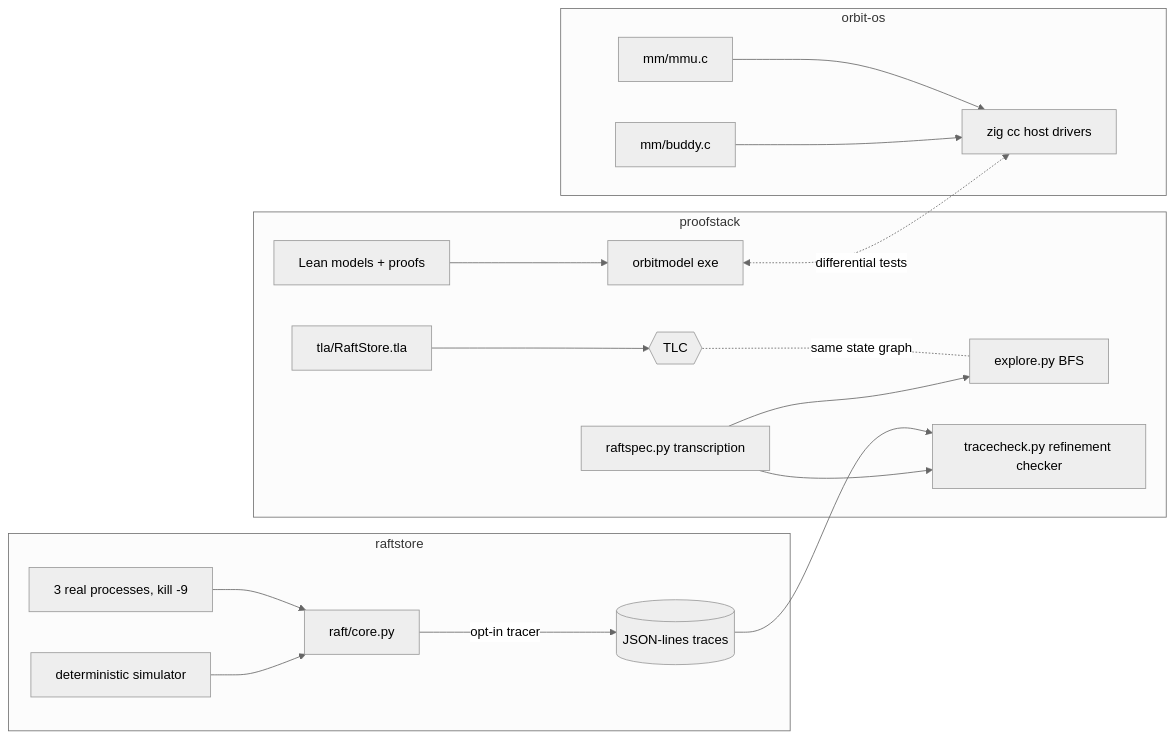
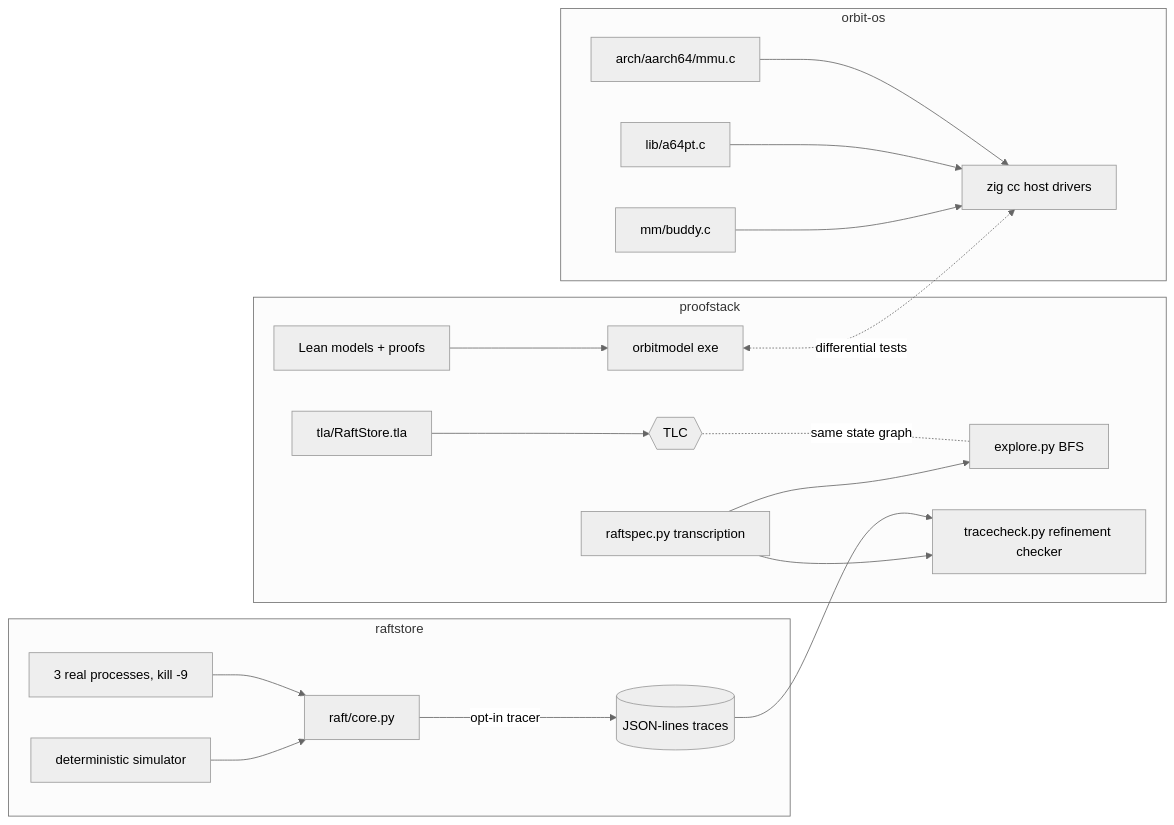
Before and after one commit to coopersimpson101-debug/proofstack: the diagram in README.md, drawn with Mermaid (neutral theme). The commit also changed other lines of this file and 17 other files, not shown here.

````diff
--- a/README.md
+++ b/README.md
@@ -91,21 +91,22 @@
 ```mermaid
 flowchart LR
   subgraph raftstore
     core[raft/core.py] -- opt-in tracer --> tr[(JSON-lines traces)]
     sim[deterministic simulator] --> core
     proc[3 real processes, kill -9] --> core
   end
   subgraph proofstack
     tla[tla/RaftStore.tla] --> tlc{{TLC}}
     py[raftspec.py transcription] --> ex[explore.py BFS]
     tlc -. same state graph .- ex
     py --> chk[tracecheck.py refinement checker]
     tr --> chk
     lean[Lean models + proofs] --> exe[orbitmodel exe]
   end
   subgraph orbit-os
     buddy[mm/buddy.c] --> zig[zig cc host drivers]
-    mmu[mm/mmu.c] --> zig
+    pt[lib/a64pt.c] --> zig
+    mmu[arch/aarch64/mmu.c] --> zig
   end
   exe <-. differential tests .-> zig
 ```
````
